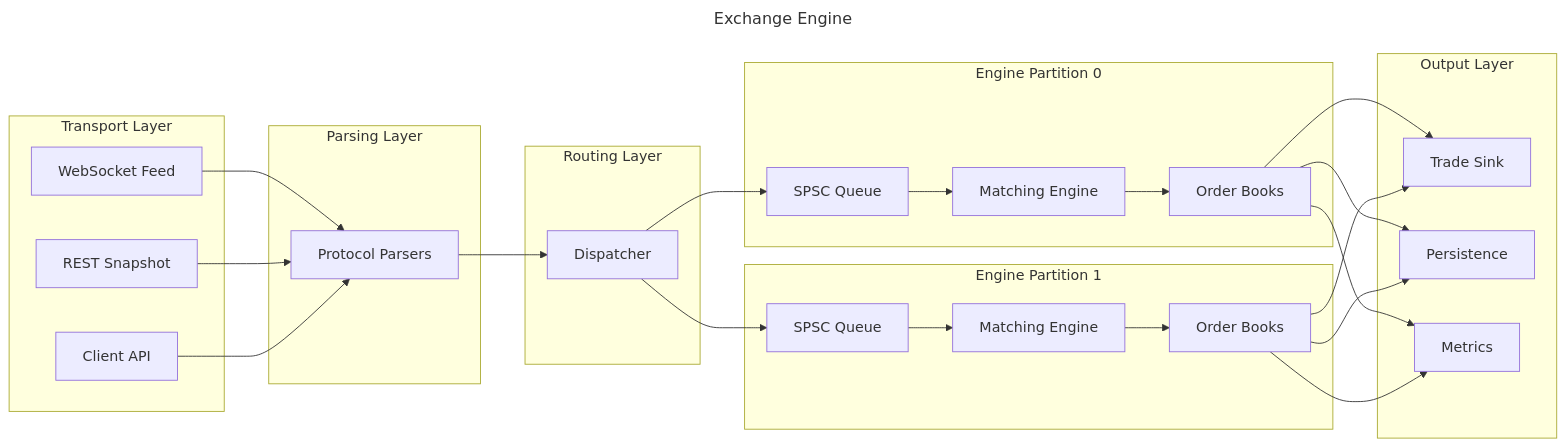
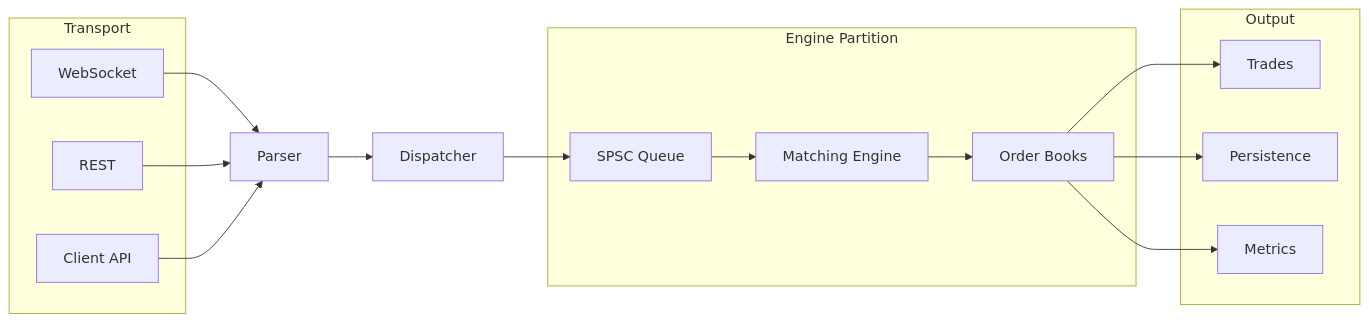
Before and after one commit to sleepyviper1213/exchange_engine: the diagram in README.md, drawn with Mermaid. The commit also changed other lines of this file and 2 other files, not shown here.

Commit message:
[docs] Update architecture and directory layout documentation

````diff
--- a/README.md
+++ b/README.md
@@ -113,60 +49,20 @@
 ```mermaid
----
-title: Exchange Engine
----
 flowchart LR
-
-subgraph Transport["Transport Layer"]
-    WS["WebSocket Feed"]
-    REST["REST Snapshot"]
-    CLIENT["Client API"]
-end
-
-subgraph Parsing["Parsing Layer"]
-    PARSER["Protocol Parsers"]
-end
-
-subgraph Dispatch["Routing Layer"]
+    subgraph Transport["Transport"]
+        WS["WebSocket"]
+        REST["REST"]
+        CLIENT["Client API"]
+    end
+    PARSER["Parser"]
     ROUTER["Dispatcher"]
-end
-
-subgraph Engine0["Engine Partition 0"]
-    Q0["SPSC Queue"]
-    ME0["Matching Engine"]
-    OB0["Order Books"]
-    Q0 --> ME0
-    ME0 --> OB0
-end
-
-subgraph Engine1["Engine Partition 1"]
-    Q1["SPSC Queue"]
-    ME1["Matching Engine"]
-    OB1["Order Books"]
-    Q1 --> ME1
-    ME1 --> OB1
-end
-
-subgraph Output["Output Layer"]
-    TRADES["Trade Sink"]
-    JOURNAL["Persistence"]
-    METRICS["Metrics"]
-end
-
-WS --> PARSER
-REST --> PARSER
-CLIENT --> PARSER
-
-PARSER --> ROUTER
-
-ROUTER --> Q0
-ROUTER --> Q1
-
-OB0 --> TRADES
-OB1 --> TRADES
-
-OB0 --> JOURNAL
-OB1 --> JOURNAL
-
-OB0 --> METRICS
-OB1 --> METRICS
+    subgraph Engine["Engine Partition"]
+        Q["SPSC Queue"] --> ME["Matching Engine"] --> OB["Order Books"]
+    end
+    subgraph Output["Output"]
+        TRADES["Trades"]
+        JOURNAL["Persistence"]
+        METRICS["Metrics"]
+    end
+    WS & REST & CLIENT --> PARSER --> ROUTER --> Q
+    OB --> TRADES & JOURNAL & METRICS
 ```
````
